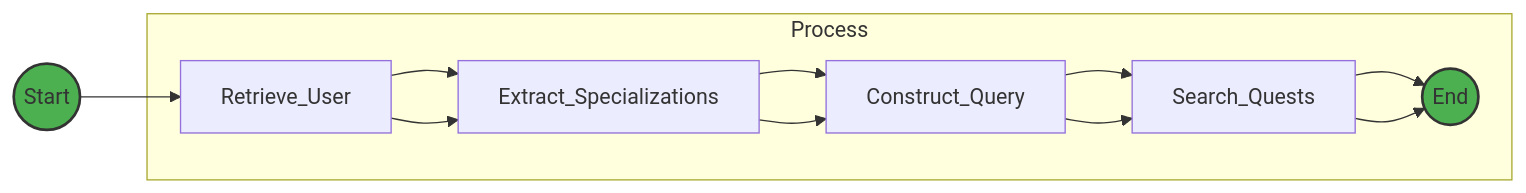
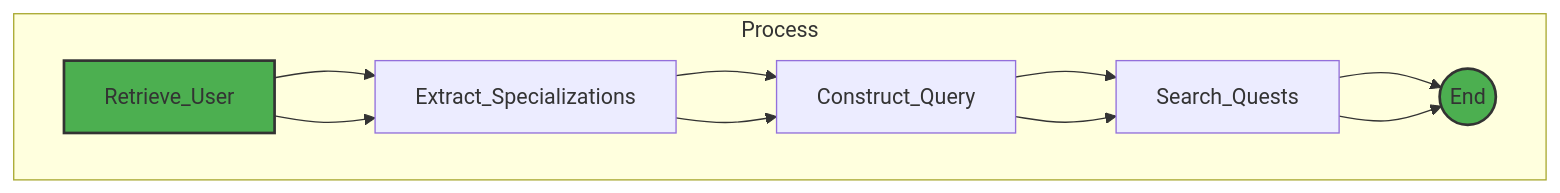
Before and after one commit to rohitkori/Digital-Community-Platform: the second of 2 diagrams in README.md, drawn with Mermaid. The commit also changed other lines of this file, not shown here.

````diff
--- a/README.md
+++ b/README.md
@@ -72,20 +81,18 @@
 ```mermaid
 
-graph LR
-    Start((Start)) --> Retrieve_User
+graph TD
     Retrieve_User --> Extract_Specializations
     Extract_Specializations --> Construct_Query
     Construct_Query --> Search_Quests
     Search_Quests --> End((End))
 
     subgraph Process
         Retrieve_User --> Extract_Specializations
         Extract_Specializations --> Construct_Query
         Construct_Query --> Search_Quests
         Search_Quests --> End
     end
-
-    style Start fill:#4CAF50,stroke:#333,stroke-width:2px;
+    style Retrieve_User fill:#4CAF50,stroke:#333,stroke-width:2px;
     style End fill:#4CAF50,stroke:#333,stroke-width:2px;
 
 ```
````
